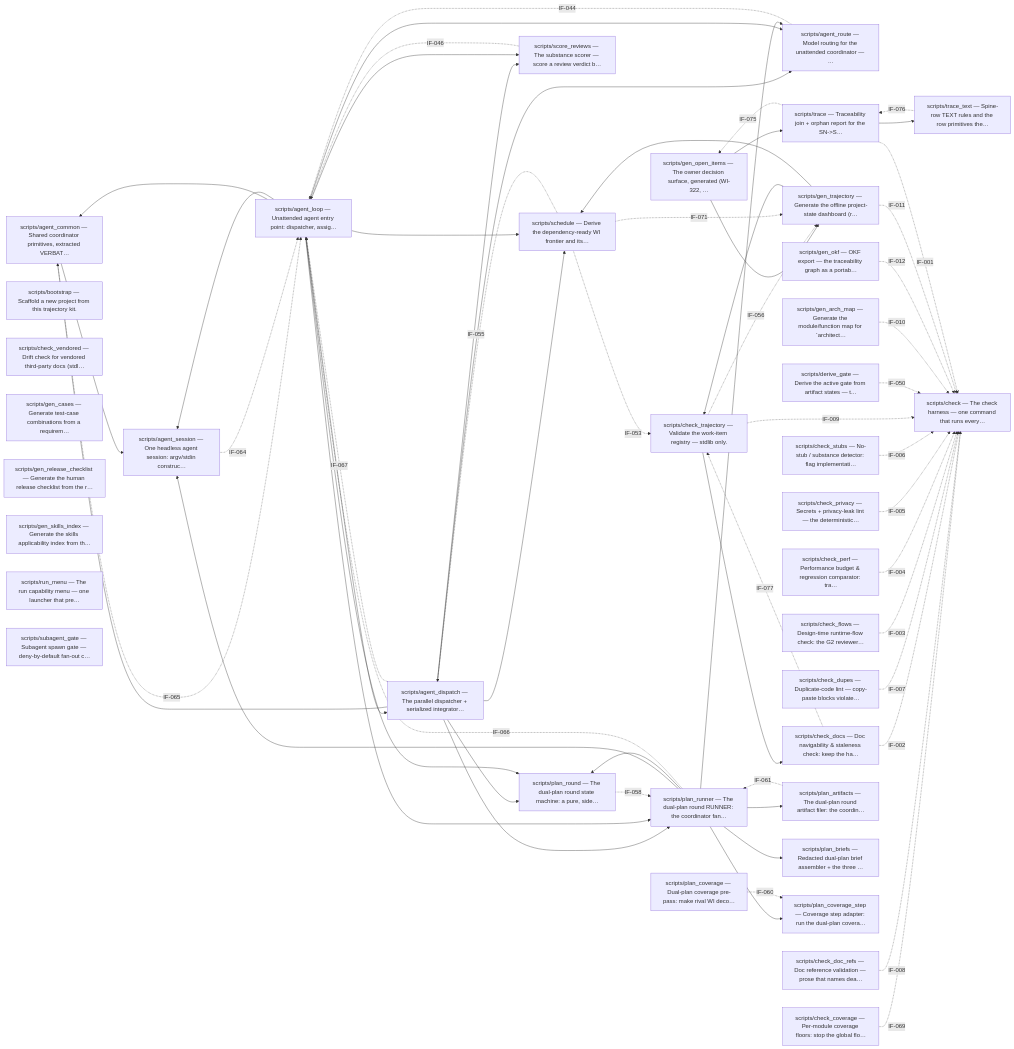
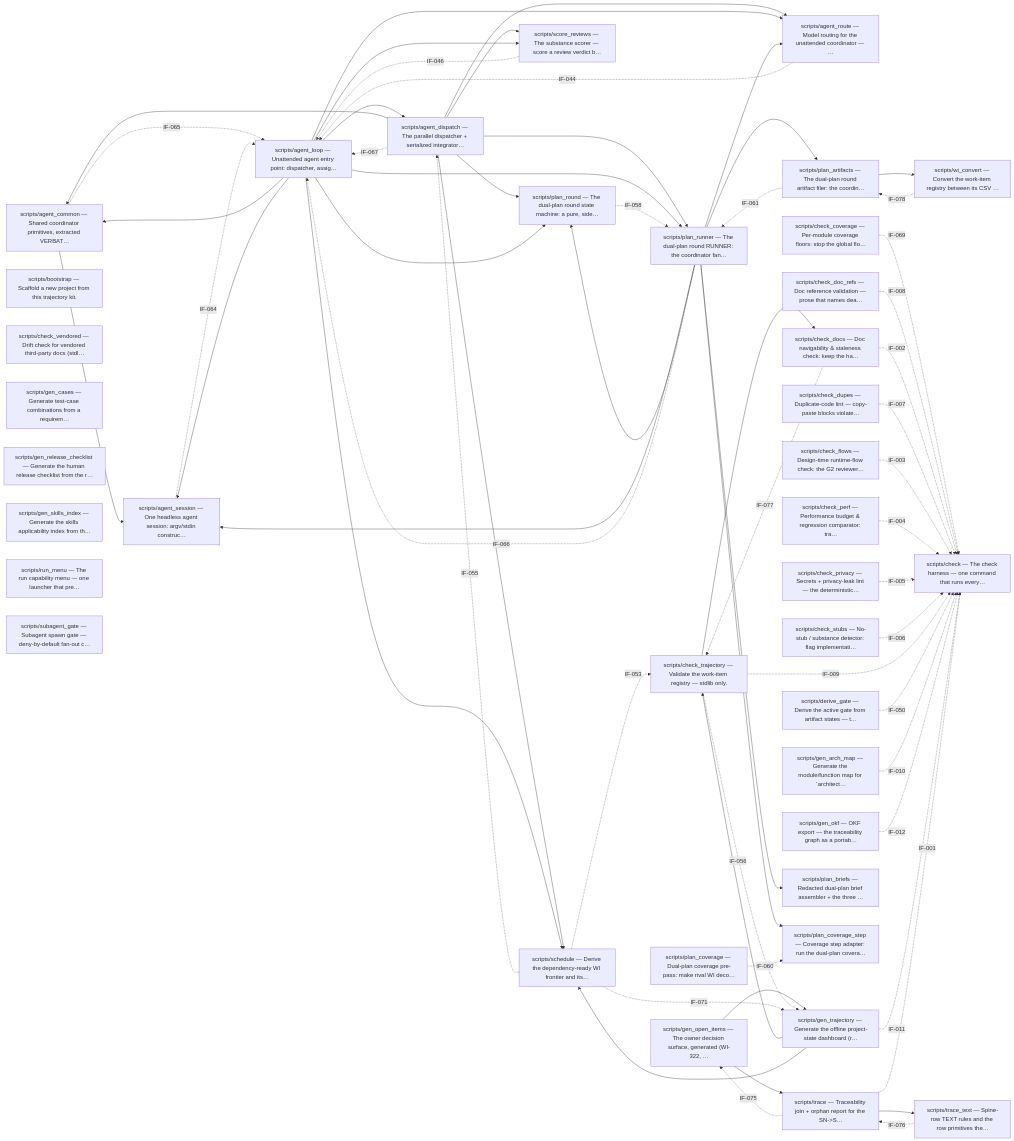
The first of 4 diagrams in docs/architecture.md (diytechy/ai-template), drawn with Mermaid before and after one commit. The commit also changed other lines of this file and 443 other files, not shown here.

````diff
--- a/docs/architecture.md
+++ b/docs/architecture.md
@@ -73,6 +73,7 @@
     m_scripts_subagent_gate["scripts/subagent_gate — Subagent spawn gate — deny-by-default fan-out c…"]
     m_scripts_trace["scripts/trace — Traceability join + orphan report for the SN->S…"]
     m_scripts_trace_text["scripts/trace_text — Spine-row TEXT rules and the row primitives the…"]
+    m_scripts_wi_convert["scripts/wi_convert — Convert the work-item registry between its CSV …"]
     m_scripts_agent_common --> m_scripts_agent_session
     m_scripts_agent_dispatch --> m_scripts_agent_common
     m_scripts_agent_dispatch --> m_scripts_agent_route
@@ -93,6 +94,7 @@
     m_scripts_gen_open_items --> m_scripts_trace
     m_scripts_gen_trajectory --> m_scripts_check_trajectory
     m_scripts_gen_trajectory --> m_scripts_schedule
+    m_scripts_plan_artifacts --> m_scripts_wi_convert
     m_scripts_plan_runner --> m_scripts_agent_route
     m_scripts_plan_runner --> m_scripts_agent_session
     m_scripts_plan_runner --> m_scripts_plan_artifacts
@@ -130,4 +132,5 @@
     m_scripts_trace -. IF-001 .-> m_scripts_check
     m_scripts_trace -. IF-075 .-> m_scripts_gen_open_items
     m_scripts_trace_text -. IF-076 .-> m_scripts_trace
+    m_scripts_wi_convert -. IF-078 .-> m_scripts_plan_artifacts
 ```
````
